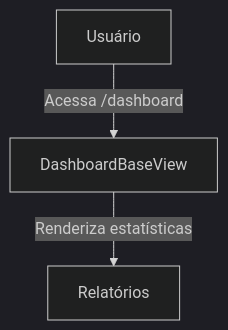
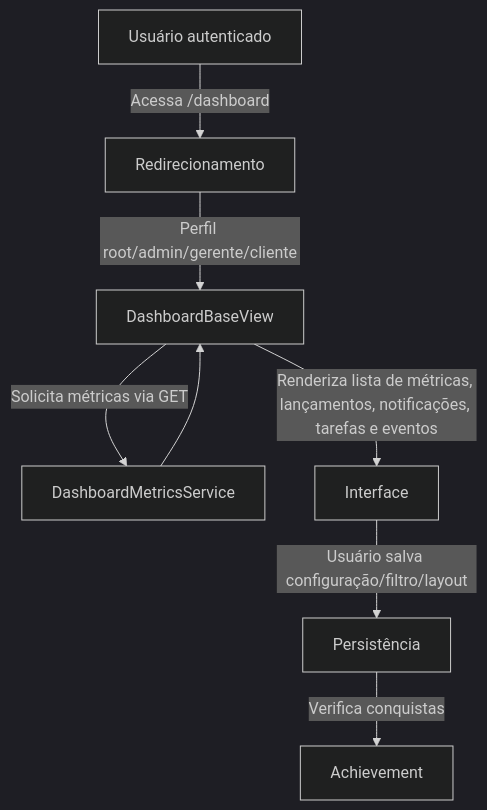
Before and after one commit to adrianosoaresx/ProjetoHubx: the diagram in .requisitos/dashboard/REQ-DASHBOARD-001.md, drawn with Mermaid (dark theme). The commit also changed other lines of this file and 20 other files, not shown here.

````diff
--- a/.requisitos/dashboard/REQ-DASHBOARD-001.md
+++ b/.requisitos/dashboard/REQ-DASHBOARD-001.md
@@ -110,5 +117,10 @@
 ```mermaid
 flowchart TD
-    U[Usuário] -->|Acessa /dashboard| D[DashboardBaseView]
-    D -->|Renderiza estatísticas| R[Relatórios]
+    U[Usuário autenticado] -->|Acessa /dashboard| R[Redirecionamento]
+    R -->|Perfil root/admin/gerente/cliente| D[DashboardBaseView]
+    D -->|Solicita métricas via GET| S[DashboardMetricsService]
+    S --> D
+    D -->|Renderiza lista de métricas, lançamentos, notificações, tarefas e eventos| UI[Interface]
+    UI -->|Usuário salva configuração/filtro/layout| Conf[Persistência]
+    Conf -->|Verifica conquistas| Achiev[Achievement]
 ```
````
